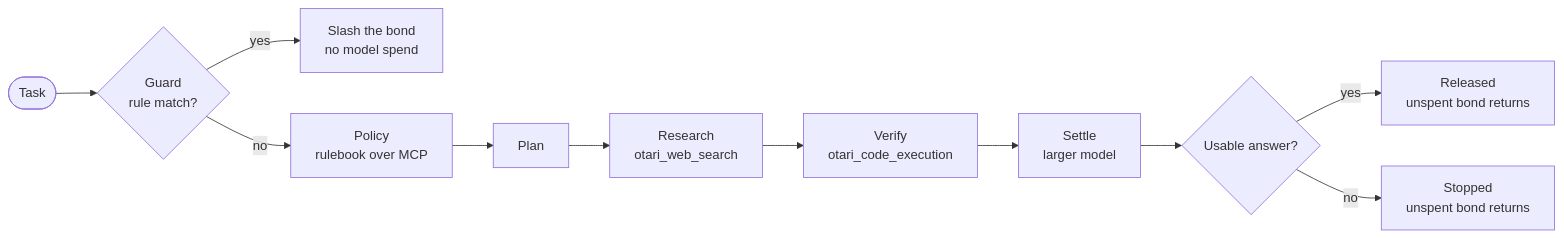
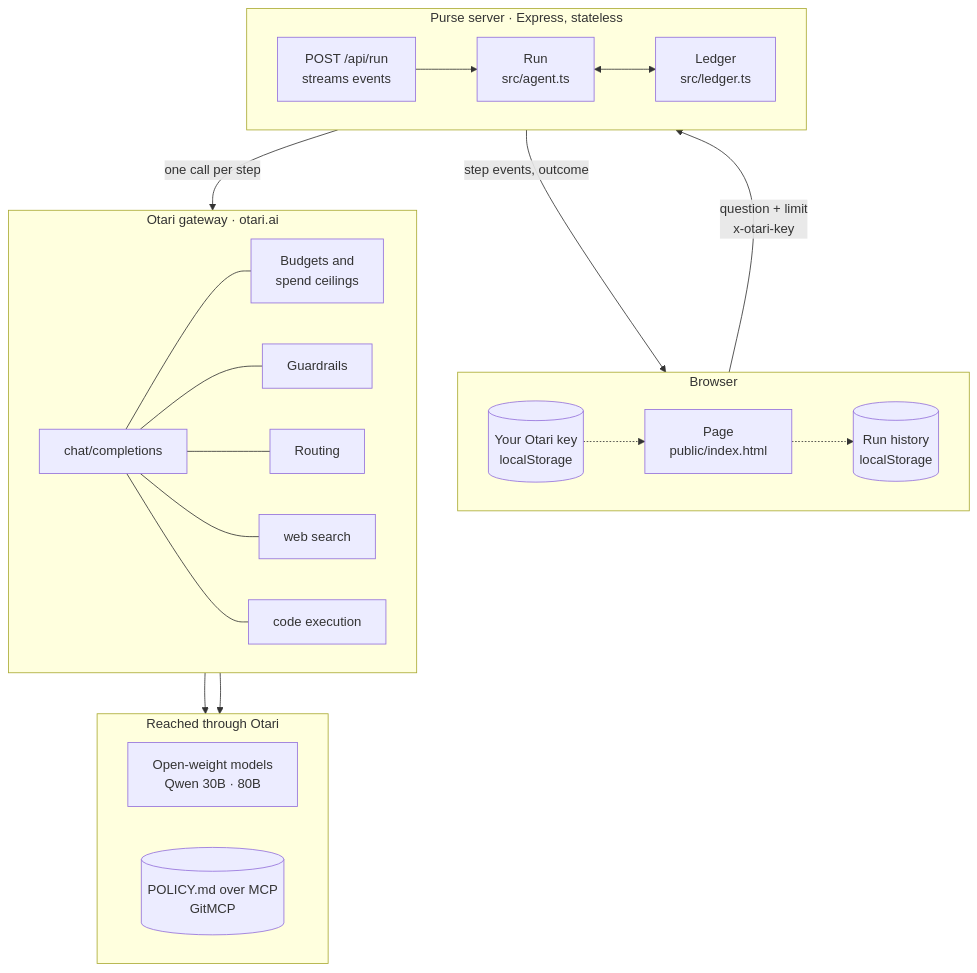
One commit to thesithunyein/purse changed the first of 3 diagrams in README.md. Above: the diagram before and after it, drawn with Mermaid. The commit also changed other lines of this file and 11 other files, not shown here.

First line of the commit message:
Add product README, diagrams, license and project policies

````diff
--- a/README.md
+++ b/README.md
@@ -58,13 +44,47 @@
 ```mermaid
-flowchart LR
-    T([Task]) --> G{Guard<br/>rule match?}
-    G -- yes --> SLASH[Slash the bond<br/>no model spend]
-    G -- no --> P[Policy<br/>rulebook over MCP]
-    P --> PL[Plan]
-    PL --> R[Research<br/>otari_web_search]
-    R --> V[Verify<br/>otari_code_execution]
-    V --> S[Settle<br/>larger model]
-    S --> D{Usable answer?}
-    D -- yes --> RELEASE[Released<br/>unspent bond returns]
-    D -- no --> STOP[Stopped<br/>unspent bond returns]
+flowchart TB
+    subgraph Browser
+        direction LR
+        UI[Page<br/>public/index.html]
+        KEY[(Your Otari key<br/>localStorage)]
+        HIST[(Run history<br/>localStorage)]
+    end
+
+    subgraph Server["Purse server · Express, stateless"]
+        direction LR
+        API["POST /api/run<br/>streams events"]
+        RUN[Run<br/>src/agent.ts]
+        LEDGER[Ledger<br/>src/ledger.ts]
+        API --> RUN
+        RUN <--> LEDGER
+    end
+
+    subgraph Otari["Otari gateway · otari.ai"]
+        direction LR
+        GW[chat/completions]
+        BUD[Budgets and<br/>spend ceilings]
+        GR[Guardrails]
+        RT[Routing]
+        WS[web search]
+        CE[code execution]
+        GW --- BUD
+        GW --- GR
+        GW --- RT
+        GW --- WS
+        GW --- CE
+    end
+
+    subgraph Upstream["Reached through Otari"]
+        direction LR
+        QW[Open-weight models<br/>Qwen 30B · 80B]
+        MCP[(POLICY.md over MCP<br/>GitMCP)]
+    end
+
+    UI -- "question + limit<br/>x-otari-key" --> API
+    KEY -.-> UI
+    API -- "step events, outcome" --> UI
+    UI -.-> HIST
+    RUN -- "one call per step" --> GW
+    GW --> QW
+    GW --> MCP
 ```
````
